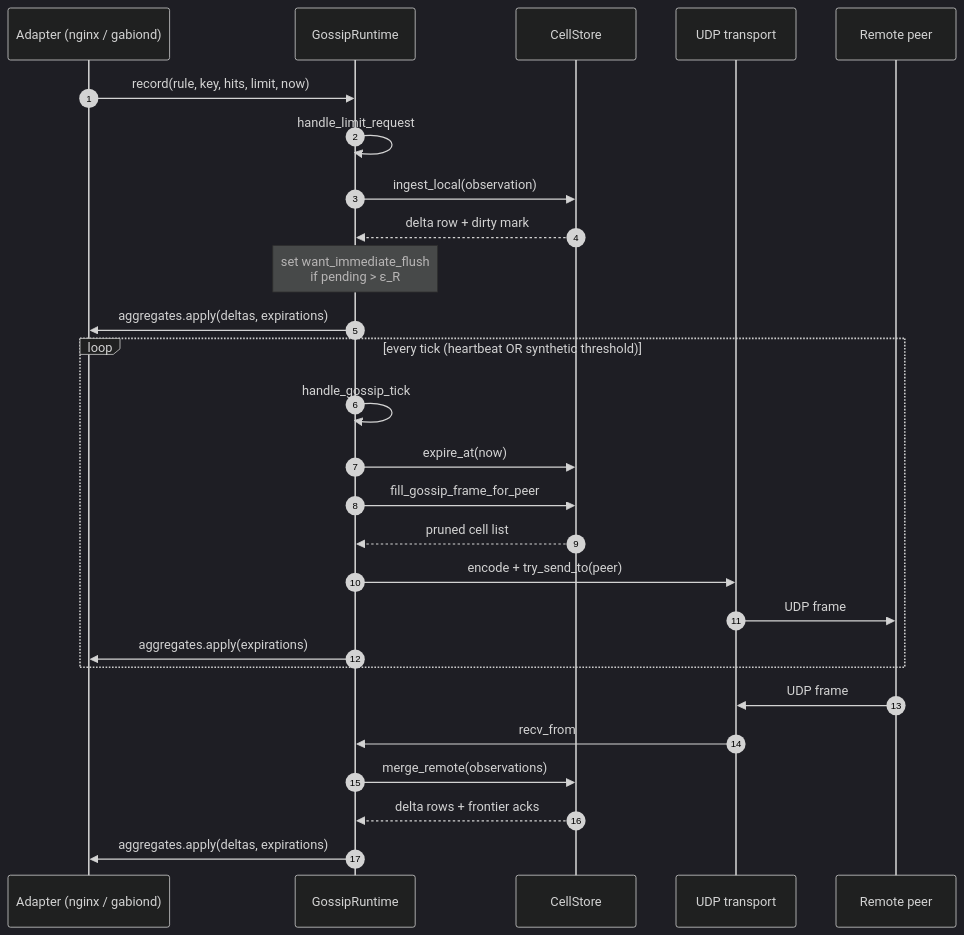
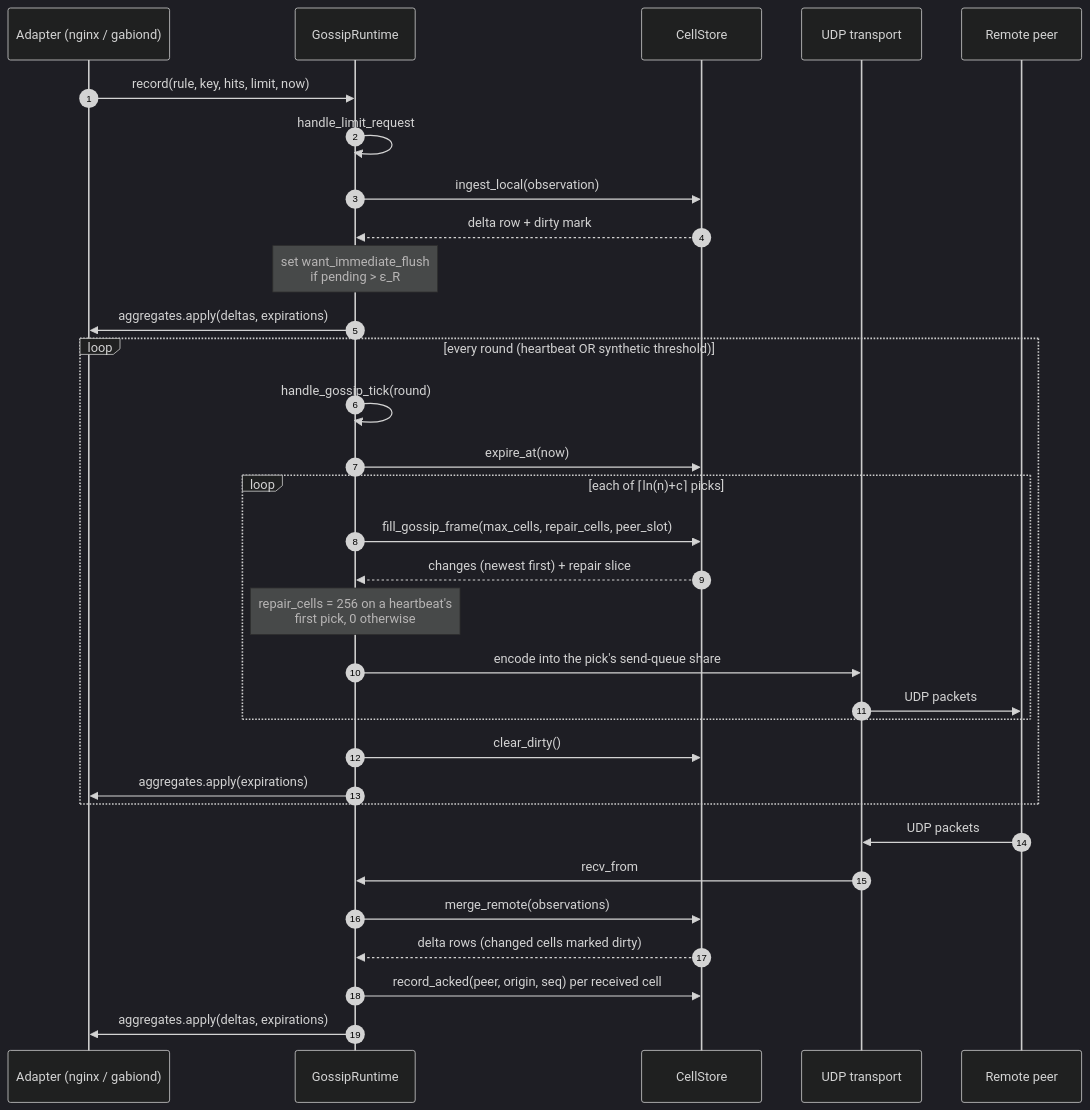
One commit to prosody-events/gabion changed the first of 2 diagrams in crates/gabion/README.md. Above: the diagram before and after it, drawn with Mermaid (dark theme). The commit also changed other lines of this file and 33 other files, not shown here.

Commit message:
fix(gossip): send each change once, newest first

````diff
--- a/crates/gabion/README.md
+++ b/crates/gabion/README.md
@@ -165,32 +168,37 @@
 ```mermaid
 sequenceDiagram
     autonumber
     participant Adapter as Adapter (nginx / gabiond)
     participant Runtime as GossipRuntime
     participant Store as CellStore
     participant Tx as UDP transport
     participant Peer as Remote peer
 
     Adapter->>Runtime: record(rule, key, hits, limit, now)
     Runtime->>Runtime: handle_limit_request
     Runtime->>Store: ingest_local(observation)
     Store-->>Runtime: delta row + dirty mark
     Note over Runtime: set want_immediate_flush<br/>if pending > ε_R
     Runtime->>Adapter: aggregates.apply(deltas, expirations)
 
-    loop every tick (heartbeat OR synthetic threshold)
-        Runtime->>Runtime: handle_gossip_tick
+    loop every round (heartbeat OR synthetic threshold)
+        Runtime->>Runtime: handle_gossip_tick(round)
         Runtime->>Store: expire_at(now)
-        Runtime->>Store: fill_gossip_frame_for_peer
-        Store-->>Runtime: pruned cell list
-        Runtime->>Tx: encode + try_send_to(peer)
-        Tx->>Peer: UDP frame
+        loop each of ⌈ln(n)+c⌉ picks
+            Runtime->>Store: fill_gossip_frame(max_cells, repair_cells, peer_slot)
+            Store-->>Runtime: changes (newest first) + repair slice
+            Note over Runtime: repair_cells = 256 on a heartbeat's<br/>first pick, 0 otherwise
+            Runtime->>Tx: encode into the pick's send-queue share
+            Tx->>Peer: UDP packets
+        end
+        Runtime->>Store: clear_dirty()
         Runtime->>Adapter: aggregates.apply(expirations)
     end
 
-    Peer->>Tx: UDP frame
+    Peer->>Tx: UDP packets
     Tx->>Runtime: recv_from
     Runtime->>Store: merge_remote(observations)
-    Store-->>Runtime: delta rows + frontier acks
+    Store-->>Runtime: delta rows (changed cells marked dirty)
+    Runtime->>Store: record_acked(peer, origin, seq) per received cell
     Runtime->>Adapter: aggregates.apply(deltas, expirations)
 ```
````
